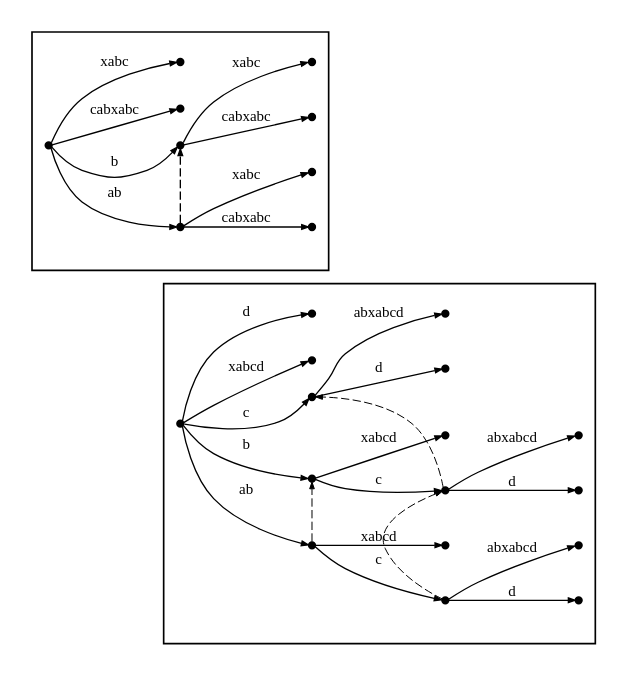
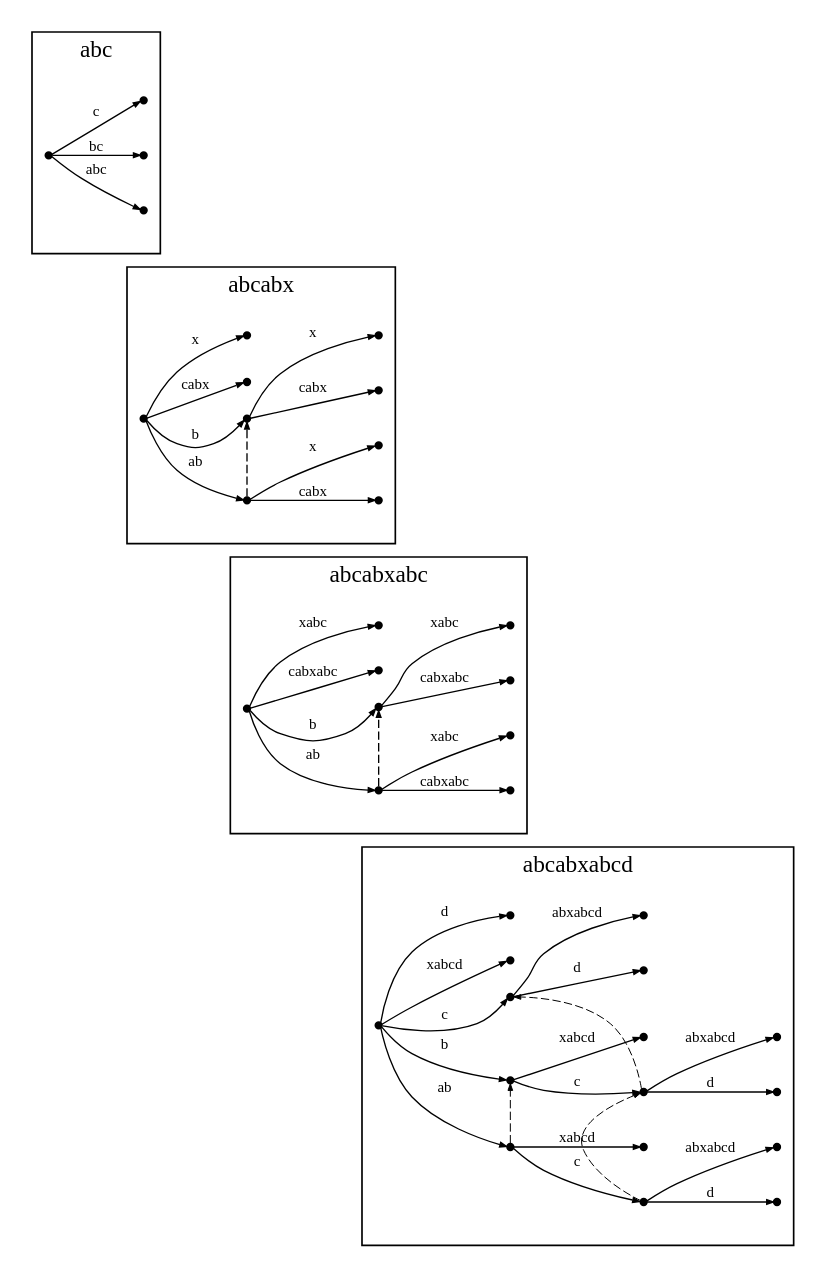
Before and after one commit to ANtlord/system_ladder: the diagram in assets/utils/string/three_repeats.dot, drawn with Graphviz. The commit also changed 3 other files, not shown here.

```diff
--- a/assets/utils/string/three_repeats.dot
+++ b/assets/utils/string/three_repeats.dot
@@ -1,55 +1,86 @@
 digraph {
 	rankdir="LR";  // horizontal layout
     node [label="" size="0.001" shape="circle" height="0.05" fillcolor="black" style="filled"]
     edge [fontsize="9" arrowsize="0.4" len="1.0" penwidth="0.8"]
 
+
+    subgraph cluster_0 {
+        label = "abc"
+        0
+
+        r0 -> r0a [label="abc"]
+        r0 -> r0b [label="bc"]
+        r0 -> r0c [label="c"]
+    }
+
     subgraph cluster_1 {
+        label = "abcabx"
         1
 
         r1 -> r1a [label="ab"]
-        r1a -> r1ac [label="cabxabc"]
-        r1a -> r1ax [label="xabc"]
+        r1a -> r1ac [label="cabx"]
+        r1a -> r1ax [label="x"]
 
         r1 -> r1b [label="b"]
-        r1b -> r1bc [label="cabxabc"]
-        r1b -> r1bx [label="xabc"]
+        r1b -> r1bc [label="cabx"]
+        r1b -> r1bx [label="x"]
 
-        r1 -> r1c [label="cabxabc"]
-        r1 -> r1x [label="xabc"]
+        r1 -> r1c [label="cabx"]
+        r1 -> r1x [label="x"]
 
         r1a -> r1b [style="dashed" constraint=false]
     }
 
+
     subgraph cluster_2 {
+        label = "abcabxabc"
         2
 
         r2 -> r2a [label="ab"]
-        r2a -> r2ac [label="c"]
-        r2a -> r2ax [label="xabcd"]
-
-        r2ac -> r2acd [label="d"]
-        r2ac -> r2aca [label="abxabcd"]
+        r2a -> r2ac [label="cabxabc"]
+        r2a -> r2ax [label="xabc"]
 
         r2 -> r2b [label="b"]
-        r2b -> r2bc [label="c"]
-        r2b -> r2bx [label="xabcd"]
+        r2b -> r2bc [label="cabxabc"]
+        r2b -> r2bx [label="xabc"]
 
-        r2bc -> r2bcd [label="d"]
-        r2bc -> r2bca [label="abxabcd"]
+        r2 -> r2c [label="cabxabc"]
+        r2 -> r2x [label="xabc"]
 
-        r2 -> r2c [label="c"]
-        r2c -> r2cd [label="d"]
-        r2c -> r2ca [label="abxabcd"]
-
-        r2 -> r2x [label="xabcd"]
-        r2 -> r2d [label="d"]
-
-        r2a -> r2b [style="dashed" constraint=false penwidth="0.6"]
-        r2ac -> r2bc [style="dashed" constraint=false penwidth="0.6"]
-        r2bc -> r2c [style="dashed" constraint=false penwidth="0.6"]
+        r2a -> r2b [style="dashed" constraint=false]
     }
 
-    1 -> 2 [style="invis"]
-    1, 2 [style="invis"]
+    subgraph cluster_3 {
+        label = "abcabxabcd"
+        3
+
+        r3 -> r3a [label="ab"]
+        r3a -> r3ac [label="c"]
+        r3a -> r3ax [label="xabcd"]
+
+        r3ac -> r3acd [label="d"]
+        r3ac -> r3aca [label="abxabcd"]
+
+        r3 -> r3b [label="b"]
+        r3b -> r3bc [label="c"]
+        r3b -> r3bx [label="xabcd"]
+
+        r3bc -> r3bcd [label="d"]
+        r3bc -> r3bca [label="abxabcd"]
+
+        r3 -> r3c [label="c"]
+        r3c -> r3cd [label="d"]
+        r3c -> r3ca [label="abxabcd"]
+
+        r3 -> r3x [label="xabcd"]
+        r3 -> r3d [label="d"]
+
+        r3a -> r3b [style="dashed" constraint=false penwidth="0.6"]
+        r3ac -> r3bc [style="dashed" constraint=false penwidth="0.6"]
+        r3bc -> r3c [style="dashed" constraint=false penwidth="0.6"]
+    }
+
+    0 -> 1 -> 2 -> 3 [style="invis"]
+    0, 1, 2, 3 [style="invis"]
 
 }
```
